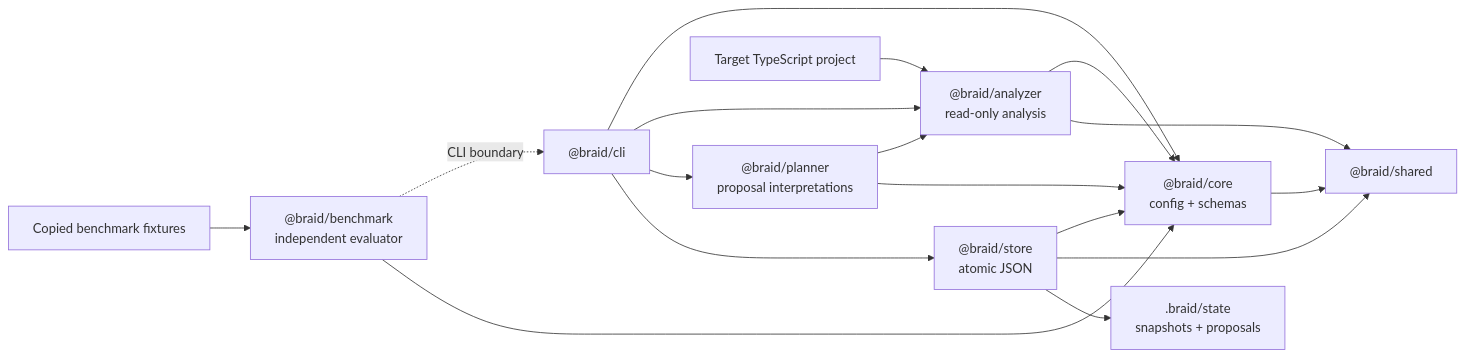
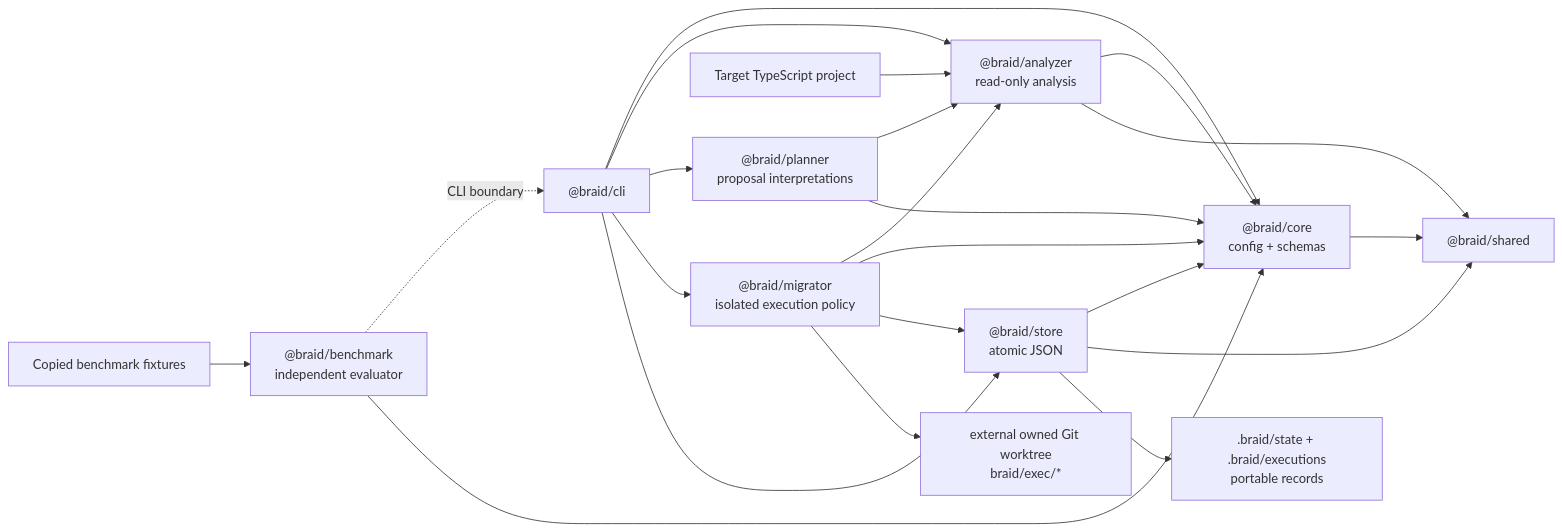
One commit to ting10688/braid changed the first of 3 diagrams in docs/architecture.md. Above: the diagram before and after it, drawn with Mermaid. The commit also changed other lines of this file and 6 other files, not shown here.

````diff
--- a/docs/architecture.md
+++ b/docs/architecture.md
@@ -14,19 +16,24 @@
 ```mermaid
 flowchart LR
     CLI["@braid/cli"] --> Core["@braid/core<br/>config + schemas"]
     CLI --> Analyzer["@braid/analyzer<br/>read-only analysis"]
     CLI --> Planner["@braid/planner<br/>proposal interpretations"]
+    CLI --> Migrator["@braid/migrator<br/>isolated execution policy"]
     CLI --> Store["@braid/store<br/>atomic JSON"]
     Analyzer --> Core
     Planner --> Analyzer
     Planner --> Core
+    Migrator --> Analyzer
+    Migrator --> Core
+    Migrator --> Store
     Store --> Core
     Core --> Shared["@braid/shared"]
     Analyzer --> Shared
     Store --> Shared
     Project["Target TypeScript project"] --> Analyzer
-    Store --> State[".braid/state<br/>snapshots + proposals"]
+    Store --> State[".braid/state + .braid/executions<br/>portable records"]
+    Migrator --> Worktree["external owned Git worktree<br/>braid/exec/*"]
     Bench["@braid/benchmark<br/>independent evaluator"] -. CLI boundary .-> CLI
     Bench --> Core
     Fixtures["Copied benchmark fixtures"] --> Bench
 ```
````
